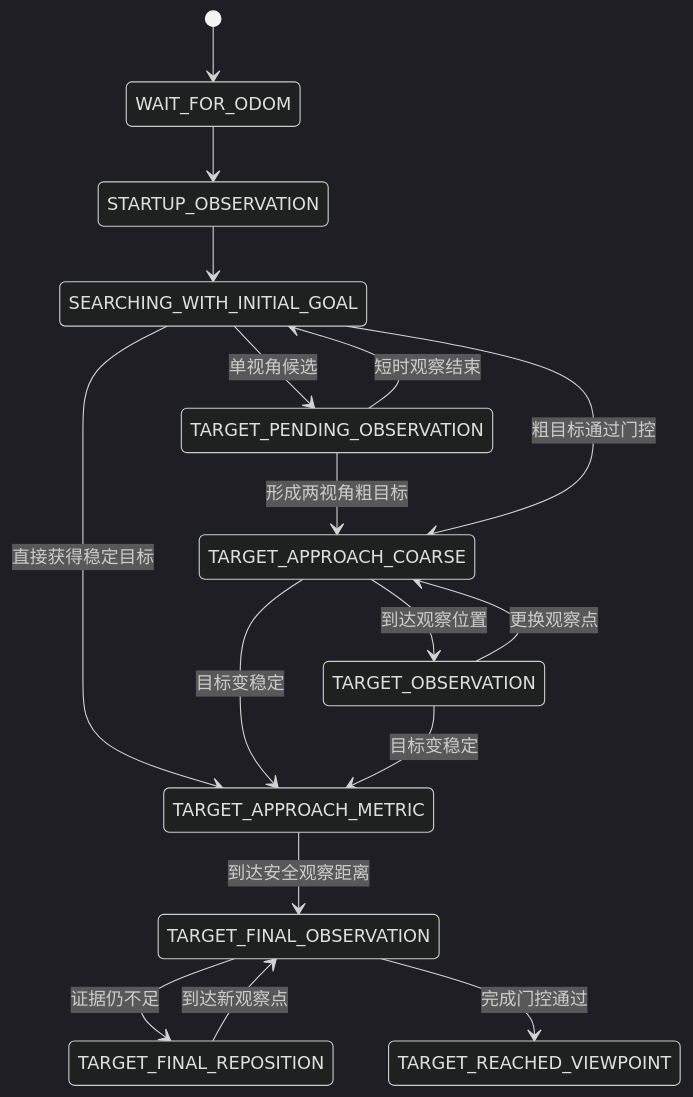
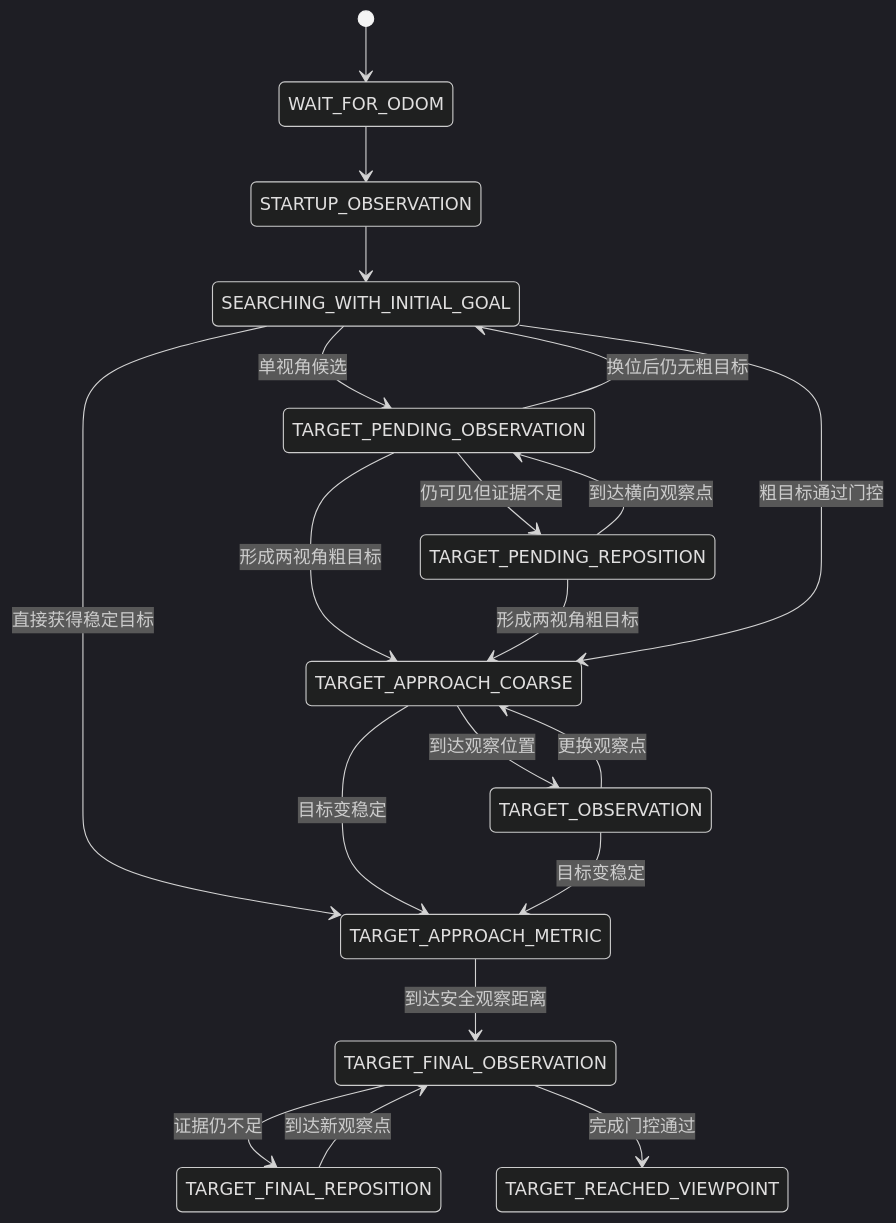
Before and after one commit to wycaca/wildos: the first of 2 diagrams in graph_construction/docs/details/target_exploration.md, drawn with Mermaid (dark theme). The commit also changed other lines of this file and 9 other files, not shown here.

````diff
--- a/graph_construction/docs/details/target_exploration.md
+++ b/graph_construction/docs/details/target_exploration.md
@@ -33,19 +33,22 @@
 ```mermaid
 stateDiagram-v2
     [*] --> WAIT_FOR_ODOM
     WAIT_FOR_ODOM --> STARTUP_OBSERVATION
     STARTUP_OBSERVATION --> SEARCHING_WITH_INITIAL_GOAL
     SEARCHING_WITH_INITIAL_GOAL --> TARGET_PENDING_OBSERVATION: 单视角候选
-    TARGET_PENDING_OBSERVATION --> SEARCHING_WITH_INITIAL_GOAL: 短时观察结束
+    TARGET_PENDING_OBSERVATION --> TARGET_PENDING_REPOSITION: 仍可见但证据不足
+    TARGET_PENDING_REPOSITION --> TARGET_PENDING_OBSERVATION: 到达横向观察点
+    TARGET_PENDING_OBSERVATION --> SEARCHING_WITH_INITIAL_GOAL: 换位后仍无粗目标
     TARGET_PENDING_OBSERVATION --> TARGET_APPROACH_COARSE: 形成两视角粗目标
+    TARGET_PENDING_REPOSITION --> TARGET_APPROACH_COARSE: 形成两视角粗目标
     SEARCHING_WITH_INITIAL_GOAL --> TARGET_APPROACH_COARSE: 粗目标通过门控
     TARGET_APPROACH_COARSE --> TARGET_OBSERVATION: 到达观察位置
     TARGET_OBSERVATION --> TARGET_APPROACH_COARSE: 更换观察点
     SEARCHING_WITH_INITIAL_GOAL --> TARGET_APPROACH_METRIC: 直接获得稳定目标
     TARGET_APPROACH_COARSE --> TARGET_APPROACH_METRIC: 目标变稳定
     TARGET_OBSERVATION --> TARGET_APPROACH_METRIC: 目标变稳定
     TARGET_APPROACH_METRIC --> TARGET_FINAL_OBSERVATION: 到达安全观察距离
     TARGET_FINAL_OBSERVATION --> TARGET_FINAL_REPOSITION: 证据仍不足
     TARGET_FINAL_REPOSITION --> TARGET_FINAL_OBSERVATION: 到达新观察点
     TARGET_FINAL_OBSERVATION --> TARGET_REACHED_VIEWPOINT: 完成门控通过
 ```
````
